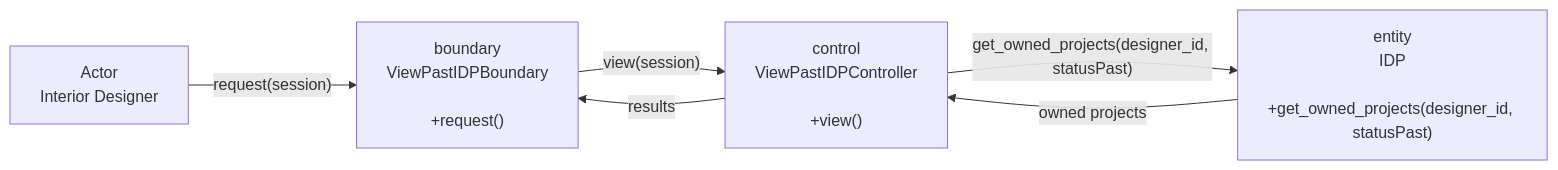
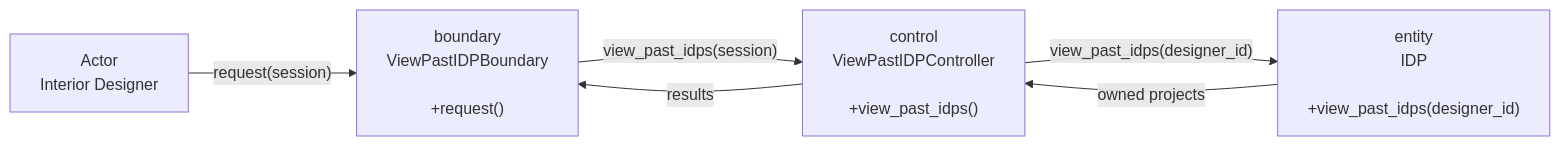
One commit to boyinapuddle/CSIT314-Chinese changed the first of 2 diagrams in diagrams/US26_View_Past_IDPs/README.md. Above: the diagram before and after it, drawn with Mermaid. The commit also changed other lines of this file and 140 other files, not shown here.

````diff
--- a/diagrams/US26_View_Past_IDPs/README.md
+++ b/diagrams/US26_View_Past_IDPs/README.md
@@ -5,12 +5,12 @@
 ```mermaid
 flowchart LR
     N0["Actor<br/>Interior Designer"]
     N1["boundary<br/>ViewPastIDPBoundary<br/><br/>+request()"]
-    N2["control<br/>ViewPastIDPController<br/><br/>+view()"]
-    N3["entity<br/>IDP<br/><br/>+get_owned_projects(designer_id, statusPast)"]
+    N2["control<br/>ViewPastIDPController<br/><br/>+view_past_idps()"]
+    N3["entity<br/>IDP<br/><br/>+view_past_idps(designer_id)"]
     N0 -->|"request(session)"| N1
-    N1 -->|"view(session)"| N2
-    N2 -->|"get_owned_projects(designer_id, statusPast)"| N3
+    N1 -->|"view_past_idps(session)"| N2
+    N2 -->|"view_past_idps(designer_id)"| N3
     N3 -->|"owned projects"| N2
     N2 -->|"results"| N1
 ```
````
